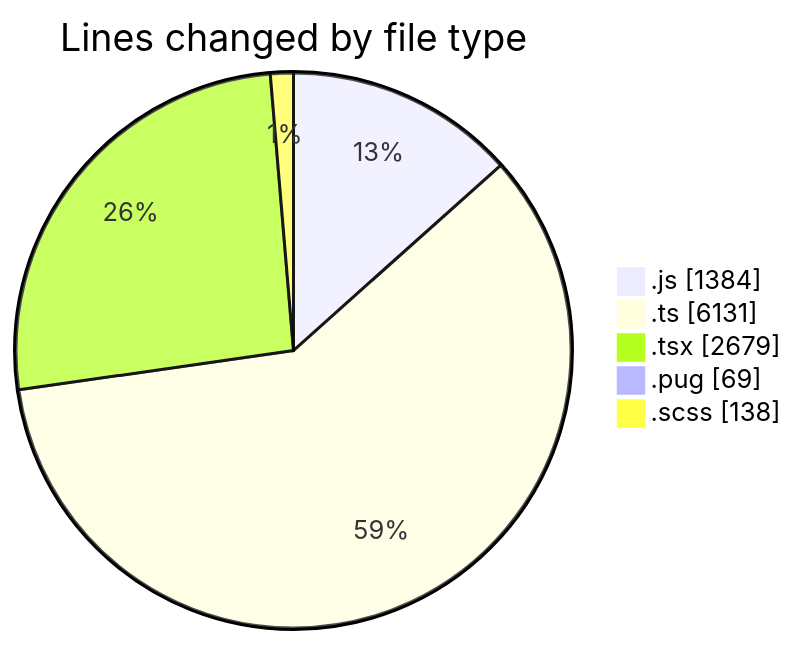
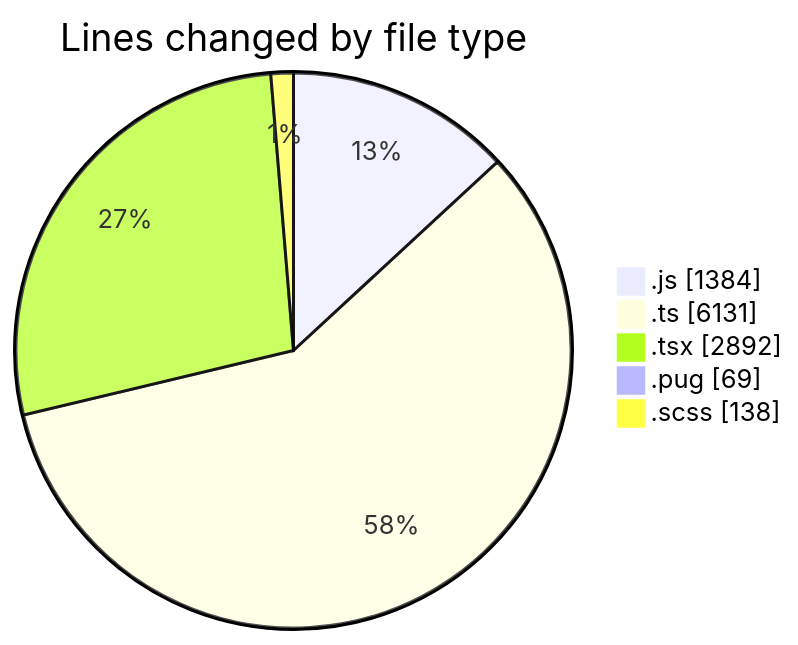
One commit to momahboobian/code-tracking changed the first of 2 diagrams in 2025-03-25/cda/README.md. Above: the diagram before and after it, drawn with Mermaid. The commit also changed other lines of this file and 1 other file, not shown here.

````diff
--- a/2025-03-25/cda/README.md
+++ b/2025-03-25/cda/README.md
@@ -39,9 +39,9 @@
 ```mermaid
 pie showData
 title Lines changed by file type
 ".js" : 1384
 ".ts" : 6131
-".tsx" : 2679
+".tsx" : 2892
 ".pug" : 69
 ".scss" : 138
 ```
````
